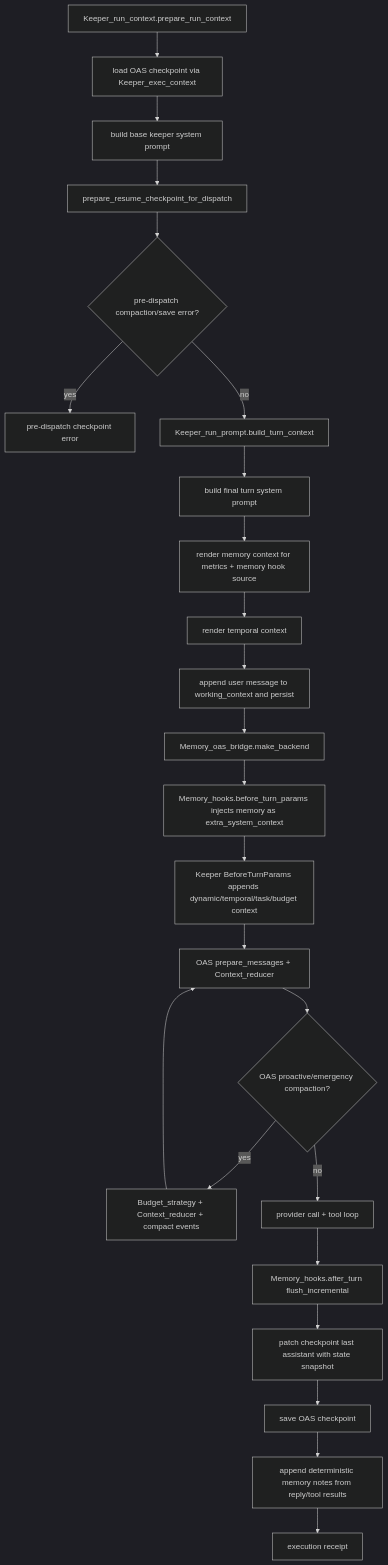
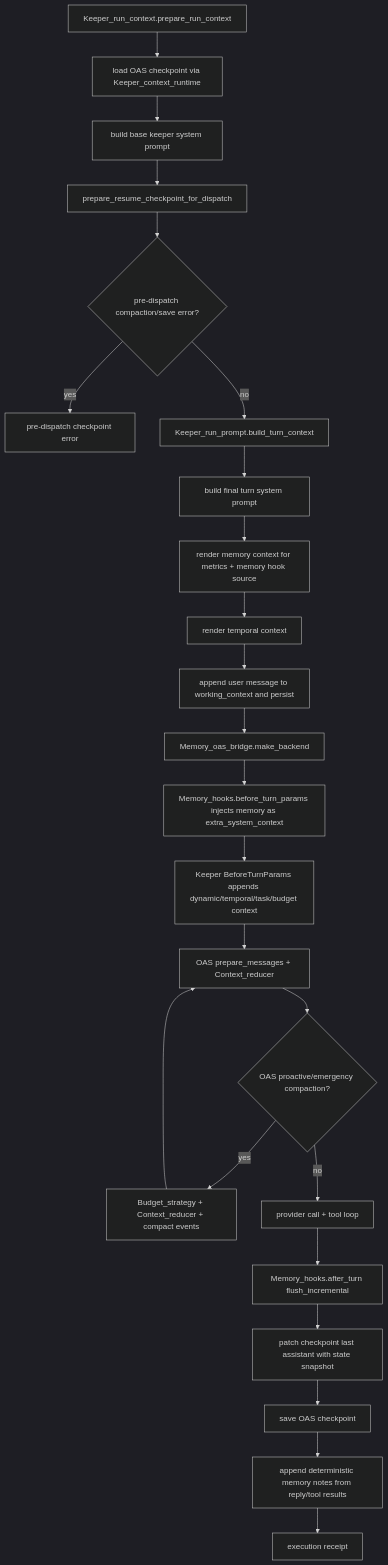
Before and after one commit to jeong-sik/masc: the fifth of 5 diagrams in docs/audit/2026-05-12-keeper-oas-agent-runtime-flow-comparison.md, drawn with Mermaid (dark theme). The commit also changed 101 other files, not shown here.

Commit message:
refactor(keeper): move context runtime out of keeper_exec axis

````diff
--- a/docs/audit/2026-05-12-keeper-oas-agent-runtime-flow-comparison.md
+++ b/docs/audit/2026-05-12-keeper-oas-agent-runtime-flow-comparison.md
@@ -335,26 +335,26 @@
 ```mermaid
 flowchart TD
-    A[Keeper_run_context.prepare_run_context] --> B[load OAS checkpoint via Keeper_exec_context]
+    A[Keeper_run_context.prepare_run_context] --> B[load OAS checkpoint via Keeper_context_runtime]
     B --> C[build base keeper system prompt]
     C --> D[prepare_resume_checkpoint_for_dispatch]
     D --> E{pre-dispatch compaction/save error?}
     E -- yes --> ERR[pre-dispatch checkpoint error]
     E -- no --> F[Keeper_run_prompt.build_turn_context]
     F --> G[build final turn system prompt]
     G --> H[render memory context for metrics + memory hook source]
     H --> I[render temporal context]
     I --> J[append user message to working_context and persist]
     J --> K[Memory_oas_bridge.make_backend]
     K --> L[Memory_hooks.before_turn_params injects memory as extra_system_context]
     L --> M[Keeper BeforeTurnParams appends dynamic/temporal/task/budget context]
     M --> N[OAS prepare_messages + Context_reducer]
     N --> O{OAS proactive/emergency compaction?}
     O -- yes --> P[Budget_strategy + Context_reducer + compact events]
     P --> N
     O -- no --> Q[provider call + tool loop]
     Q --> R[Memory_hooks.after_turn flush_incremental]
     R --> S[patch checkpoint last assistant with state snapshot]
     S --> T[save OAS checkpoint]
     T --> U[append deterministic memory notes from reply/tool results]
     U --> V[execution receipt]
 ```
````
